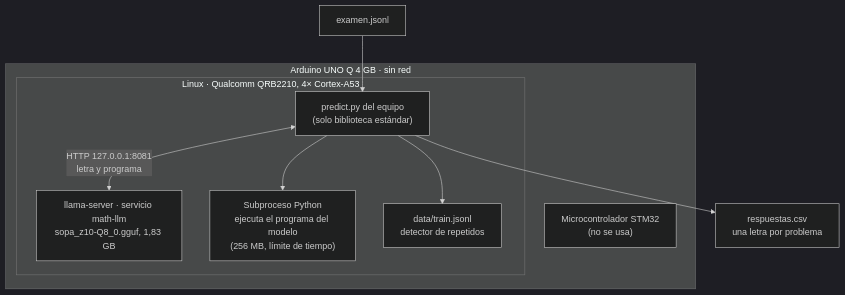
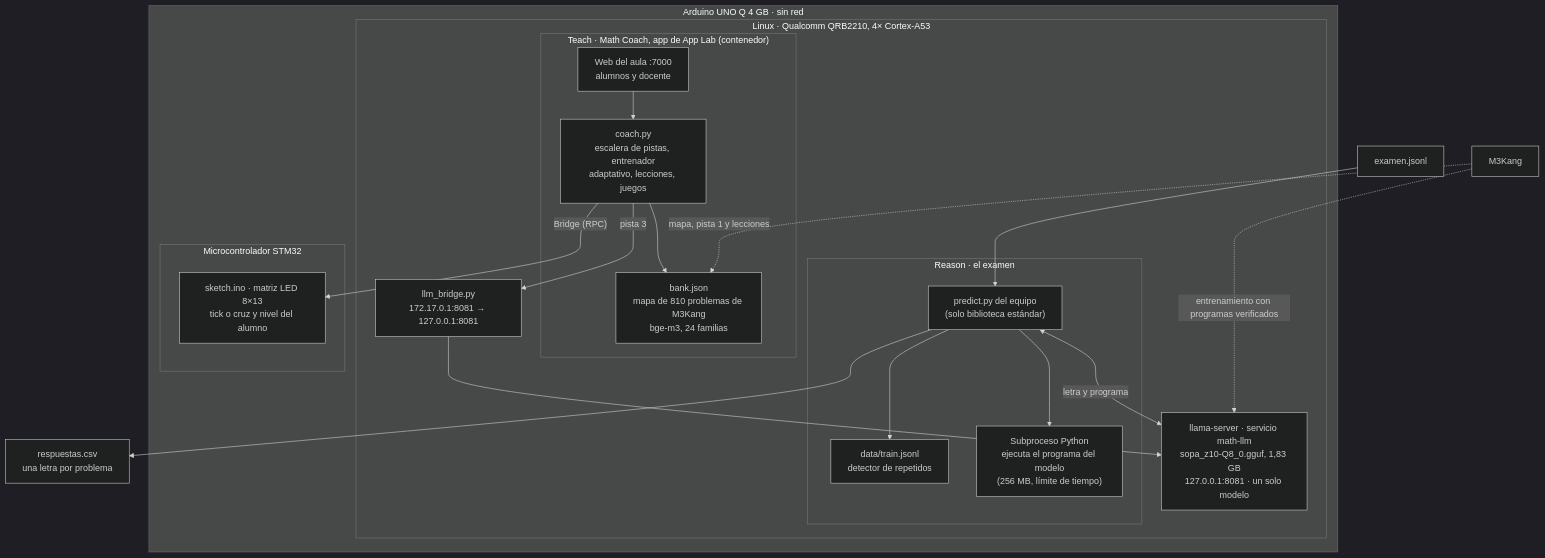
Before and after one commit to Arnau000z/placa-velocidad: the second of 2 diagrams in README.md, drawn with Mermaid (dark theme). The commit also changed other lines of this file, not shown here.

Commit message:
README: entregables del reto con el enlace de Project Hub en revisión, lista del Step 15.1, arquitectura con Teach y la matriz LED, y lo que no funcionó

````diff
--- a/README.md
+++ b/README.md
@@ -134,16 +157,31 @@
 ```mermaid
 flowchart TB
     subgraph Placa["Arduino UNO Q 4 GB · sin red"]
         subgraph Linux["Linux · Qualcomm QRB2210, 4× Cortex-A53"]
-            P["predict.py del equipo<br/>(solo biblioteca estándar)"]
-            S["llama-server · servicio math-llm<br/>sopa_z10-Q8_0.gguf, 1,83 GB"]
-            X["Subproceso Python<br/>ejecuta el programa del modelo<br/>(256 MB, límite de tiempo)"]
-            T["data/train.jsonl<br/>detector de repetidos"]
-            P <-->|"HTTP 127.0.0.1:8081<br/>letra y programa"| S
+            S["llama-server · servicio math-llm<br/>sopa_z10-Q8_0.gguf, 1,83 GB<br/>127.0.0.1:8081 · un solo modelo"]
+            subgraph Reason["Reason · el examen"]
+                P["predict.py del equipo<br/>(solo biblioteca estándar)"]
+                X["Subproceso Python<br/>ejecuta el programa del modelo<br/>(256 MB, límite de tiempo)"]
+                T["data/train.jsonl<br/>detector de repetidos"]
+            end
+            subgraph Teach["Teach · Math Coach, app de App Lab (contenedor)"]
+                W["Web del aula :7000<br/>alumnos y docente"]
+                C["coach.py<br/>escalera de pistas, entrenador<br/>adaptativo, lecciones, juegos"]
+                B["bank.json<br/>mapa de 810 problemas de M3Kang<br/>bge-m3, 24 familias"]
+            end
+            PB["llm_bridge.py<br/>172.17.0.1:8081 → 127.0.0.1:8081"]
+            P <-->|"letra y programa"| S
             P --> X
             P --> T
+            W --> C --> B
+            C -->|"pista 3"| PB --> S
         end
-        M["Microcontrolador STM32<br/>(no se usa)"]
+        subgraph MCU["Microcontrolador STM32"]
+            L["sketch.ino · matriz LED 8×13<br/>tick o cruz y nivel del alumno"]
+        end
+        C -->|"Bridge (RPC)"| L
     end
     J["examen.jsonl"] --> P --> R["respuestas.csv<br/>una letra por problema"]
+    M3["M3Kang"] -.->|"entrenamiento con programas verificados"| S
+    M3 -.->|"mapa, pista 1 y lecciones"| B
 ```
````
